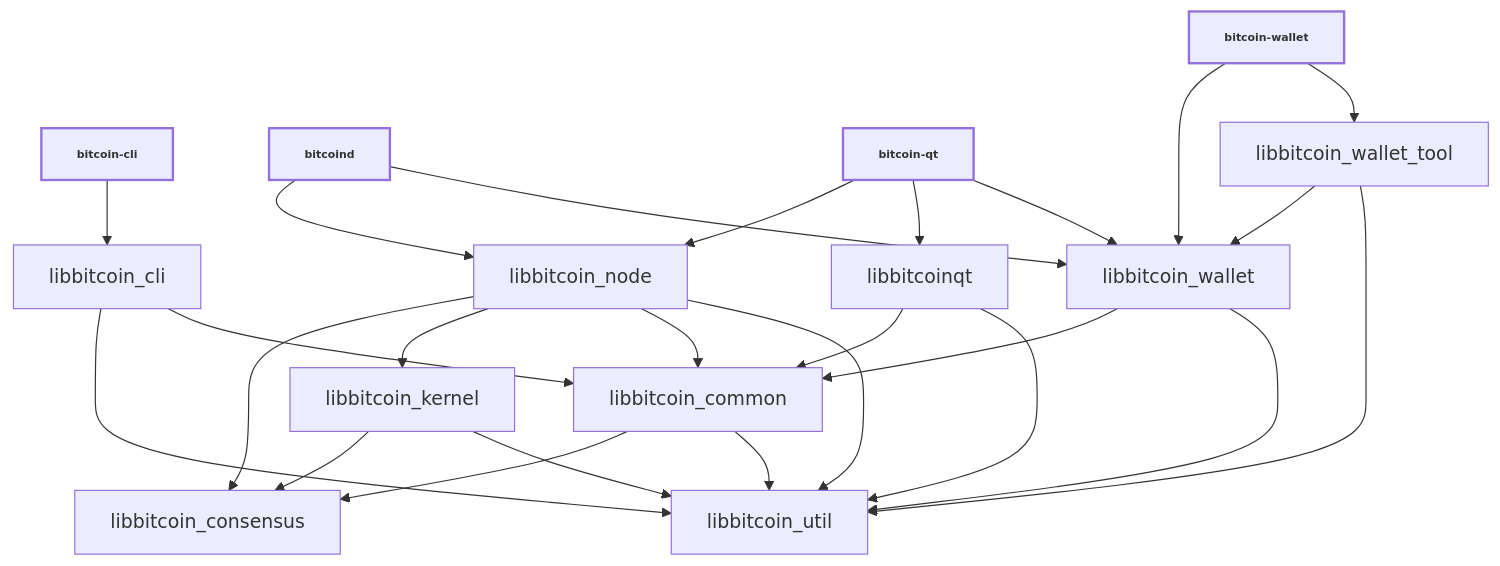
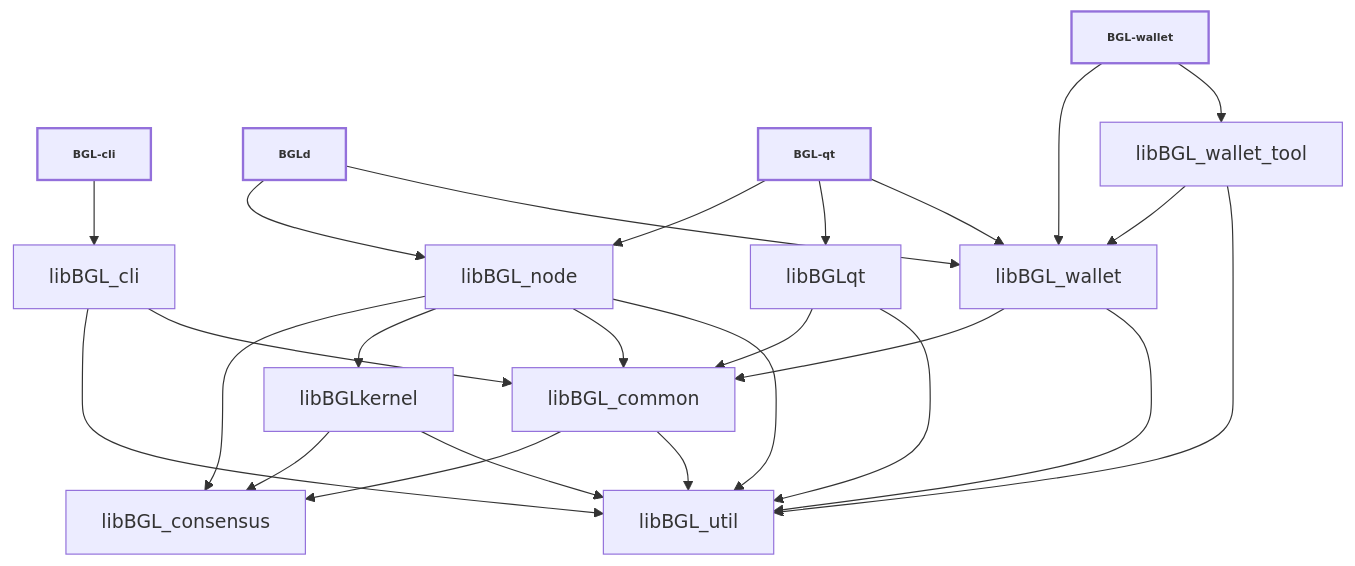
The diagram in doc/design/libraries.md (BitgesellOfficial/bitgesell), drawn with Mermaid before and after one commit. The commit also changed other lines of this file, not shown here.

Commit message:
docs: align library design names with BGL build

````diff
--- a/doc/design/libraries.md
+++ b/doc/design/libraries.md
@@ -36,44 +36,44 @@
 ```mermaid
 
 %%{ init : { "flowchart" : { "curve" : "basis" }}}%%
 
 graph TD;
 
-bitcoin-cli[bitcoin-cli]-->libbitcoin_cli;
+BGL-cli[BGL-cli]-->libBGL_cli;
 
-bitcoind[bitcoind]-->libbitcoin_node;
-bitcoind[bitcoind]-->libbitcoin_wallet;
+BGLd[BGLd]-->libBGL_node;
+BGLd[BGLd]-->libBGL_wallet;
 
-bitcoin-qt[bitcoin-qt]-->libbitcoin_node;
-bitcoin-qt[bitcoin-qt]-->libbitcoinqt;
-bitcoin-qt[bitcoin-qt]-->libbitcoin_wallet;
+BGL-qt[BGL-qt]-->libBGL_node;
+BGL-qt[BGL-qt]-->libBGLqt;
+BGL-qt[BGL-qt]-->libBGL_wallet;
 
-bitcoin-wallet[bitcoin-wallet]-->libbitcoin_wallet;
-bitcoin-wallet[bitcoin-wallet]-->libbitcoin_wallet_tool;
+BGL-wallet[BGL-wallet]-->libBGL_wallet;
+BGL-wallet[BGL-wallet]-->libBGL_wallet_tool;
 
-libbitcoin_cli-->libbitcoin_util;
-libbitcoin_cli-->libbitcoin_common;
+libBGL_cli-->libBGL_util;
+libBGL_cli-->libBGL_common;
 
-libbitcoin_common-->libbitcoin_consensus;
-libbitcoin_common-->libbitcoin_util;
+libBGL_common-->libBGL_consensus;
+libBGL_common-->libBGL_util;
 
-libbitcoin_kernel-->libbitcoin_consensus;
-libbitcoin_kernel-->libbitcoin_util;
+libBGLkernel-->libBGL_consensus;
+libBGLkernel-->libBGL_util;
 
-libbitcoin_node-->libbitcoin_consensus;
-libbitcoin_node-->libbitcoin_kernel;
-libbitcoin_node-->libbitcoin_common;
-libbitcoin_node-->libbitcoin_util;
+libBGL_node-->libBGL_consensus;
+libBGL_node-->libBGLkernel;
+libBGL_node-->libBGL_common;
+libBGL_node-->libBGL_util;
 
-libbitcoinqt-->libbitcoin_common;
-libbitcoinqt-->libbitcoin_util;
+libBGLqt-->libBGL_common;
+libBGLqt-->libBGL_util;
 
-libbitcoin_wallet-->libbitcoin_common;
-libbitcoin_wallet-->libbitcoin_util;
+libBGL_wallet-->libBGL_common;
+libBGL_wallet-->libBGL_util;
 
-libbitcoin_wallet_tool-->libbitcoin_wallet;
-libbitcoin_wallet_tool-->libbitcoin_util;
+libBGL_wallet_tool-->libBGL_wallet;
+libBGL_wallet_tool-->libBGL_util;
 
 classDef bold stroke-width:2px, font-weight:bold, font-size: smaller;
-class bitcoin-qt,bitcoind,bitcoin-cli,bitcoin-wallet bold
+class BGL-qt,BGLd,BGL-cli,BGL-wallet bold
 ```
````
